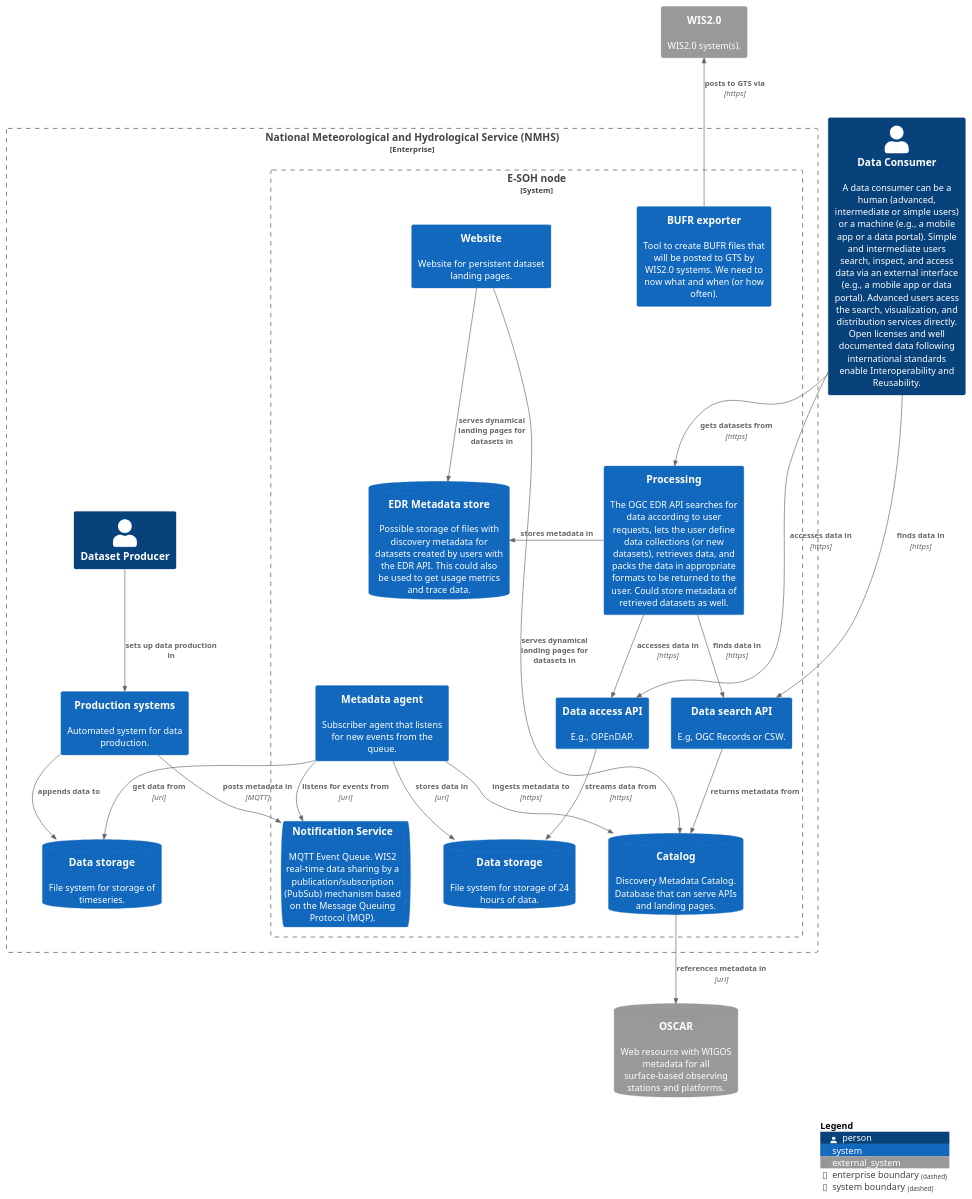
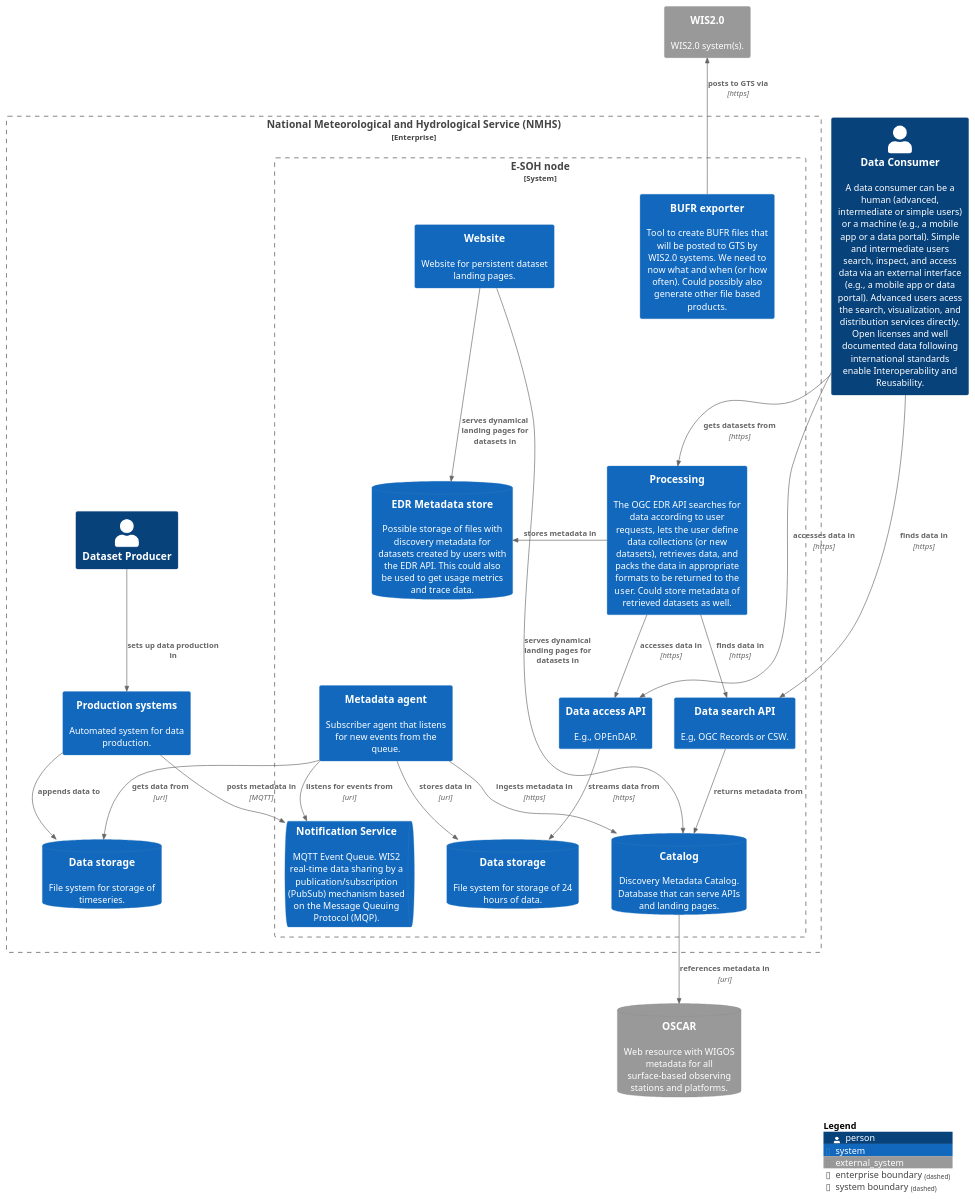
The diagram in MWH-context.puml (EURODEO/e-soh-c4), drawn with PlantUML before and after one commit.

Commit message:
some updates

```diff
--- a/MWH-context.puml
+++ b/MWH-context.puml
@@ -1,57 +1,57 @@
 @startuml context-diagram
 !include https://raw.githubusercontent.com/plantuml-stdlib/C4-PlantUML/master/C4_Context.puml
 
 LAYOUT_TOP_DOWN()
 'LAYOUT_LEFT_RIGHT()
 
 Person(consumers, "Data Consumer", "A data consumer can be a human (advanced, intermediate or simple users) or a machine (e.g., a mobile app or a data portal). Simple and intermediate users search, inspect, and access data via an external interface (e.g., a mobile app or data portal). Advanced users acess the search, visualization, and distribution services directly. Open licenses and well documented data following international standards enable Interoperability and Reusability.")
 SystemDb_Ext(oscar, "OSCAR", "Web resource with WIGOS metadata for all surface-based observing stations and platforms.")
 
 Enterprise_Boundary(nhms, "National Meteorological and Hydrological Service (NMHS)"){
   Person(dataproducer, "Dataset Producer")
   System(productionhub, "Production systems", "Automated system for data production.")
   SystemDb(datastore, "Data storage", "File system for storage of timeseries.")
 
   System_Boundary(e-soh, "E-SOH node"){
     SystemDb(store24, "Data storage", "File system for storage of 24 hours of data.")
     SystemQueue(queue, "Notification Service", "MQTT Event Queue. WIS2 real-time data sharing by a publication/subscription (PubSub) mechanism based on the Message Queuing Protocol (MQP).")
     SystemDb(discovery24, "Catalog", "Discovery Metadata Catalog. Database that can serve APIs and landing pages.")
     System(agent, "Metadata agent", "Subscriber agent that listens for new events from the queue.")
     System(edr, "Processing", "The OGC EDR API searches for data according to user requests, lets the user define data collections (or new datasets), retrieves data, and packs the data in appropriate formats to be returned to the user. Could store metadata of retrieved datasets as well.") 
     SystemDb(edr_store, "EDR Metadata store", "Possible storage of files with discovery metadata for datasets created by users with the EDR API. This could also be used to get usage metrics and trace data.")
     System(search, "Data search API", "E.g, OGC Records or CSW.")
     System(access, "Data access API", "E.g., OPEnDAP.")
-    System(bufr, "BUFR exporter", "Tool to create BUFR files that will be posted to GTS by WIS2.0 systems. We need to now what and when (or how often).")
+    System(bufr, "BUFR exporter", "Tool to create BUFR files that will be posted to GTS by WIS2.0 systems. We need to now what and when (or how often). Could possibly also generate other file based products.")
     System(website, "Website", "Website for persistent dataset landing pages.")
   }
 }
 
 System_Ext(wis2, "WIS2.0", "WIS2.0 system(s).")
 
 Rel_U(bufr, wis2, "posts to GTS via", "https")
 
 Rel(productionhub, queue, "posts metadata in", "MQTT")
 Rel_D(agent, queue, "listens for events from", "uri")
-Rel_D(agent, discovery24, "ingests metadata to", "https")
+Rel_D(agent, discovery24, "ingests metadata in", "https")
 Rel(agent, store24, "stores data in", "uri")
-Rel(agent, datastore, "get data from", "uri")
+Rel(agent, datastore, "gets data from", "uri")
 Rel(discovery24, oscar, "references metadata in", "uri")
 Rel(edr, search, "finds data in", "https")
 Rel(edr, access, "accesses data in", "https")
 Rel(access, store24, "streams data from", "https")
 Rel(search, discovery24, "returns metadata from")
 Rel(website, discovery24, "serves dynamical landing pages for datasets in")
 Rel(website, edr_store, "serves dynamical landing pages for datasets in")
 Rel_L(edr, edr_store, "stores metadata in")
 
 Rel(consumers, search, "finds data in", "https")
 Rel(consumers, access, "accesses data in", "https")
 Rel(consumers, edr, "gets datasets from", "https")
 
 Rel(dataproducer, productionhub, "sets up data production in")
 
 Rel(productionhub, datastore, "appends data to")
 
 SHOW_LEGEND()
 
 @enduml
```
